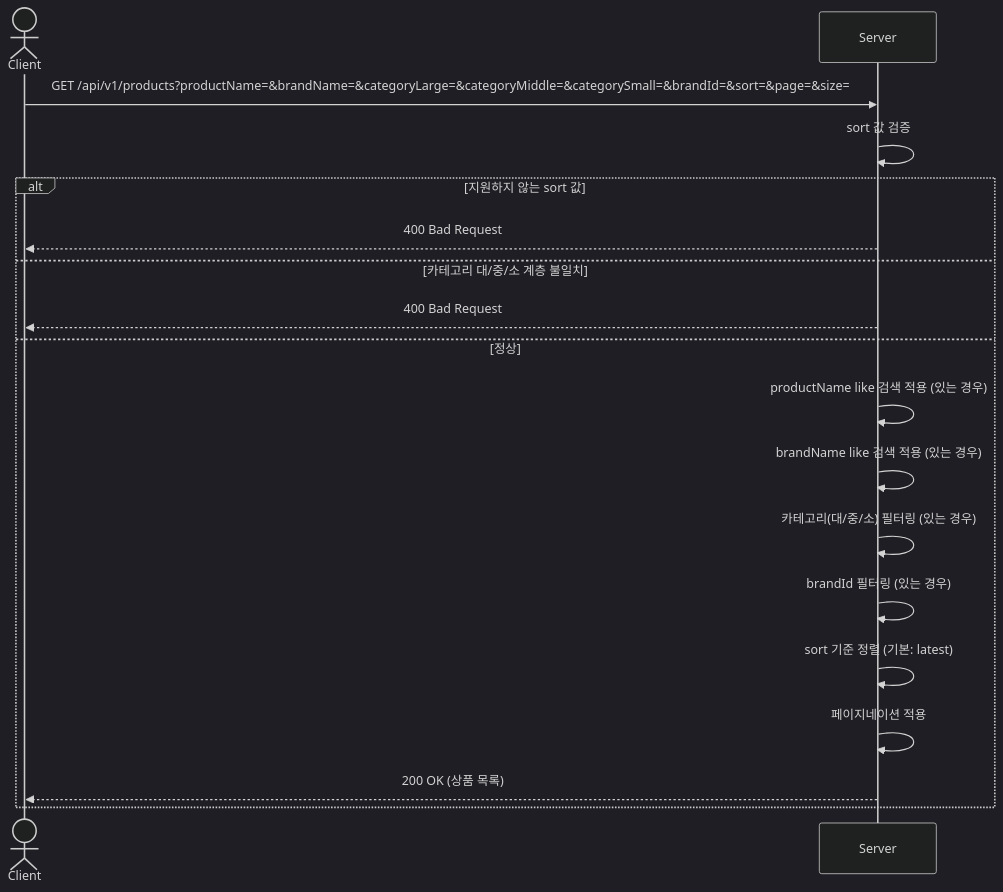
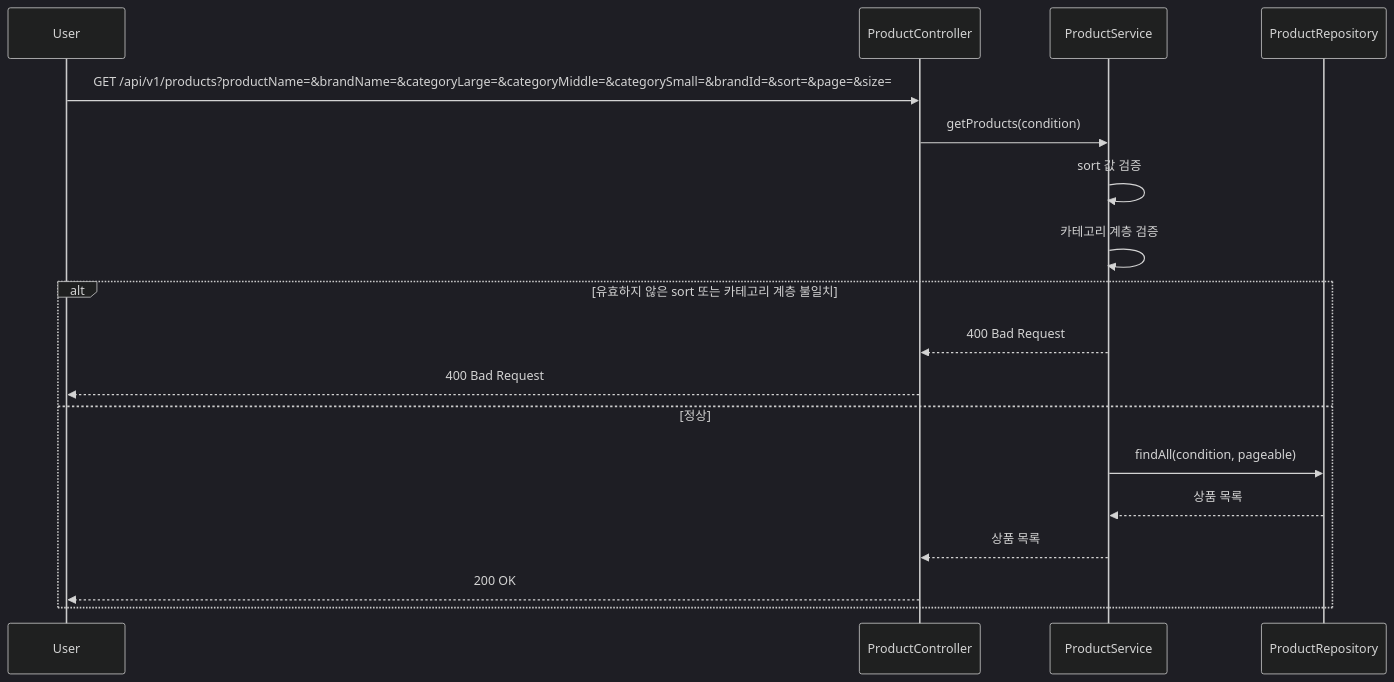
The second of 34 diagrams in .docs/design/sequence-diagrams.md (loopers-labs/loop-pack-be-l2-vol4-java), drawn with Mermaid (dark theme) before and after one commit. The commit also changed other lines of this file and 1 other file, not shown here.

Commit message:
fix: 관리자 모듈 지우고 각 브랜드&상품-어드민, 주문-어드민으로 분리 브랜드&상품 누락 유스케이스 추가 어드민 권한 확인 로직 main flow 에 추가

````diff
--- a/.docs/design/sequence-diagrams.md
+++ b/.docs/design/sequence-diagrams.md
@@ -34,21 +38,22 @@
 ```mermaid
 sequenceDiagram
-    actor Client
-    participant Server
+    participant User
+    participant ProductController
+    participant ProductService
+    participant ProductRepository
 
-    Client->>Server: GET /api/v1/products?productName=&brandName=&categoryLarge=&categoryMiddle=&categorySmall=&brandId=&sort=&page=&size=
-    Server->>Server: sort 값 검증
-    alt 지원하지 않는 sort 값
-        Server-->>Client: 400 Bad Request
-    else 카테고리 대/중/소 계층 불일치
-        Server-->>Client: 400 Bad Request
+    User->>ProductController: GET /api/v1/products?productName=&brandName=&categoryLarge=&categoryMiddle=&categorySmall=&brandId=&sort=&page=&size=
+    ProductController->>ProductService: getProducts(condition)
+    ProductService->>ProductService: sort 값 검증
+    ProductService->>ProductService: 카테고리 계층 검증
+
+    alt 유효하지 않은 sort 또는 카테고리 계층 불일치
+        ProductService-->>ProductController: 400 Bad Request
+        ProductController-->>User: 400 Bad Request
     else 정상
-        Server->>Server: productName like 검색 적용 (있는 경우)
-        Server->>Server: brandName like 검색 적용 (있는 경우)
-        Server->>Server: 카테고리(대/중/소) 필터링 (있는 경우)
-        Server->>Server: brandId 필터링 (있는 경우)
-        Server->>Server: sort 기준 정렬 (기본: latest)
-        Server->>Server: 페이지네이션 적용
-        Server-->>Client: 200 OK (상품 목록)
+        ProductService->>ProductRepository: findAll(condition, pageable)
+        ProductRepository-->>ProductService: 상품 목록
+        ProductService-->>ProductController: 상품 목록
+        ProductController-->>User: 200 OK
     end
 ```
````
